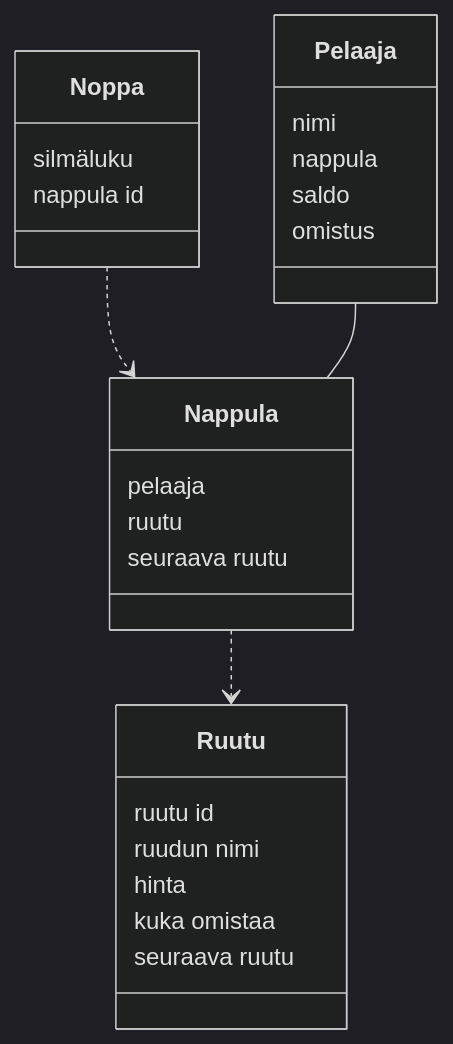
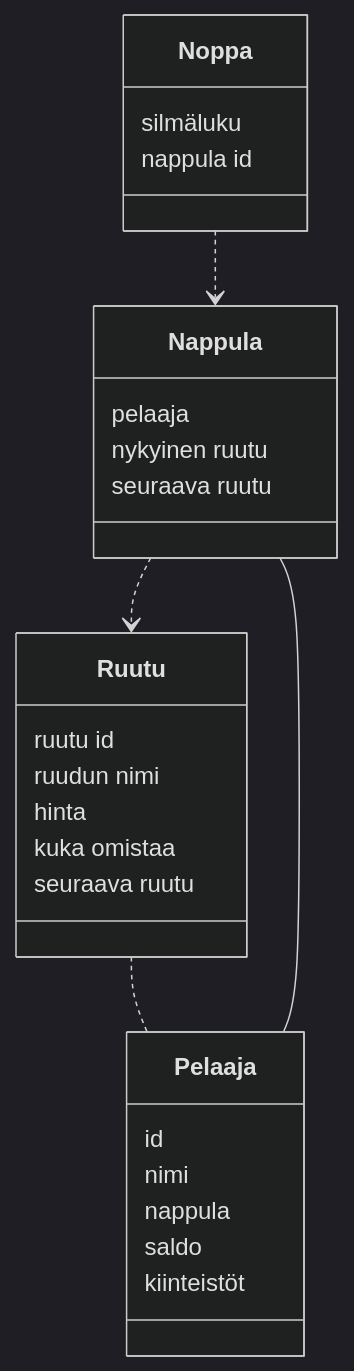
One commit to hcaatu/ot-harjoitustyo changed the diagram in laskarit/viikko3/luokkakaavio.md. Above: the diagram before and after it, drawn with Mermaid (dark theme).

Commit message:
monopoli

````diff
--- a/laskarit/viikko3/luokkakaavio.md
+++ b/laskarit/viikko3/luokkakaavio.md
@@ -3,32 +3,34 @@
 ```mermaid
  classDiagram
       Noppa ..> Nappula
       Pelaaja -- Nappula
       Nappula ..> Ruutu
+      Ruutu .. Pelaaja
       
       class Ruutu{
           ruutu id
           ruudun nimi
           hinta
           kuka omistaa
           seuraava ruutu
       }
       class Pelaaja{
+          id
           nimi
           nappula
           saldo
-          omistus
+          kiinteistöt
       }    
       
       class Noppa{
           silmäluku
           nappula id
       }
       
       class Nappula{
           pelaaja
-          ruutu
+          nykyinen ruutu
           seuraava ruutu
       }
       
 ```
````
